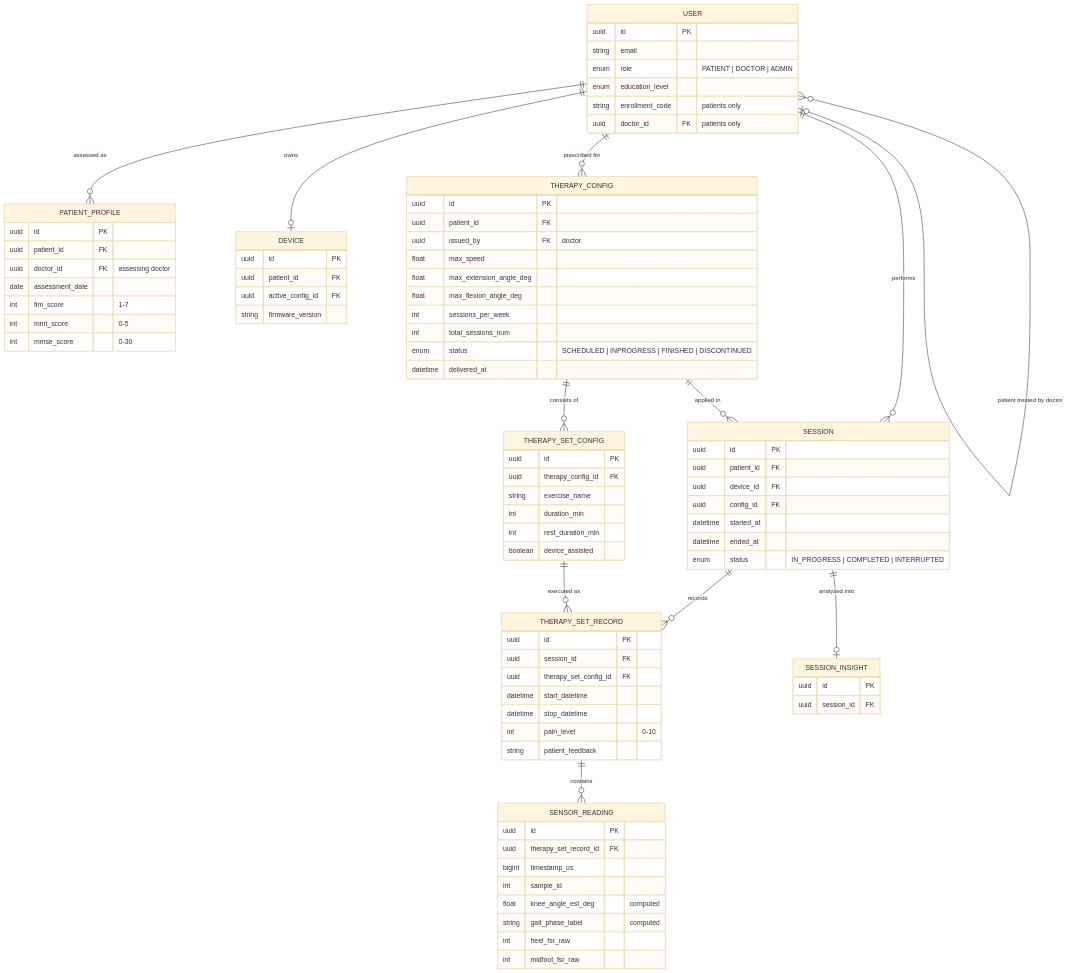
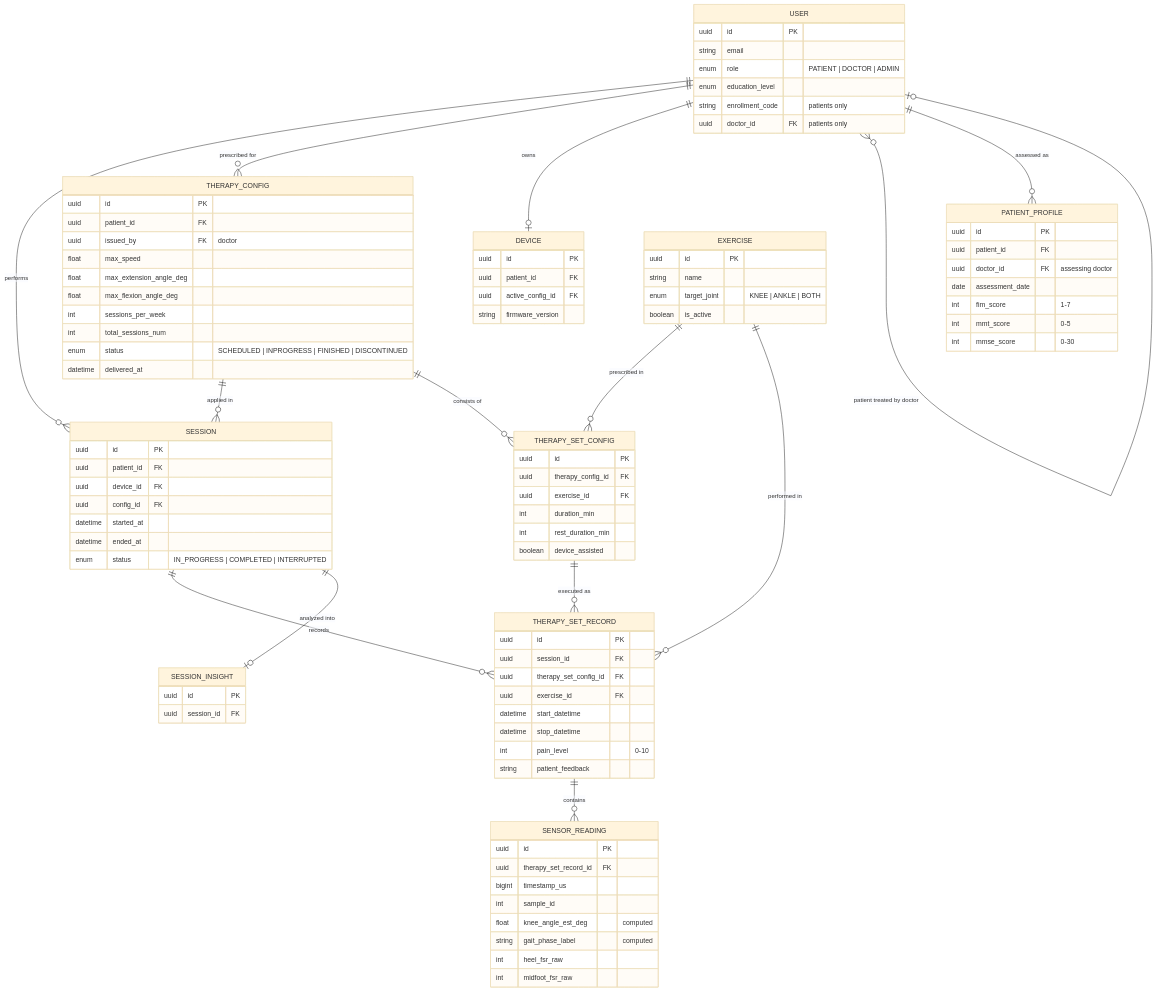
The third of 3 diagrams in spec-and-architecture.md (mariamismail8icloud-glitch/knevo), drawn with Mermaid (base theme) before and after one commit. The commit also changed other lines of this file, not shown here.

```diff
--- a/spec-and-architecture.md
+++ b/spec-and-architecture.md
@@ -238,10 +238,16 @@
         enum status "SCHEDULED | INPROGRESS | FINISHED | DISCONTINUED"
         datetime delivered_at
     }
+    EXERCISE {
+        uuid id PK
+        string name
+        enum target_joint "KNEE | ANKLE | BOTH"
+        boolean is_active
+    }
     THERAPY_SET_CONFIG {
         uuid id PK
         uuid therapy_config_id FK
-        string exercise_name
+        uuid exercise_id FK
         int duration_min
         int rest_duration_min
         boolean device_assisted
@@ -259,6 +265,7 @@
         uuid id PK
         uuid session_id FK
         uuid therapy_set_config_id FK
+        uuid exercise_id FK
         datetime start_datetime
         datetime stop_datetime
         int pain_level "0-10"
@@ -286,6 +293,8 @@
     USER ||--o{ PATIENT_PROFILE : "assessed as"
     THERAPY_CONFIG ||--o{ SESSION : "applied in"
     THERAPY_CONFIG ||--o{ THERAPY_SET_CONFIG : "consists of"
+    EXERCISE ||--o{ THERAPY_SET_CONFIG : "prescribed in"
+    EXERCISE ||--o{ THERAPY_SET_RECORD : "performed in"
     THERAPY_SET_RECORD ||--o{ SENSOR_READING : "contains"
     SESSION ||--o{ THERAPY_SET_RECORD : "records"
     THERAPY_SET_CONFIG ||--o{ THERAPY_SET_RECORD : "executed as"
```
